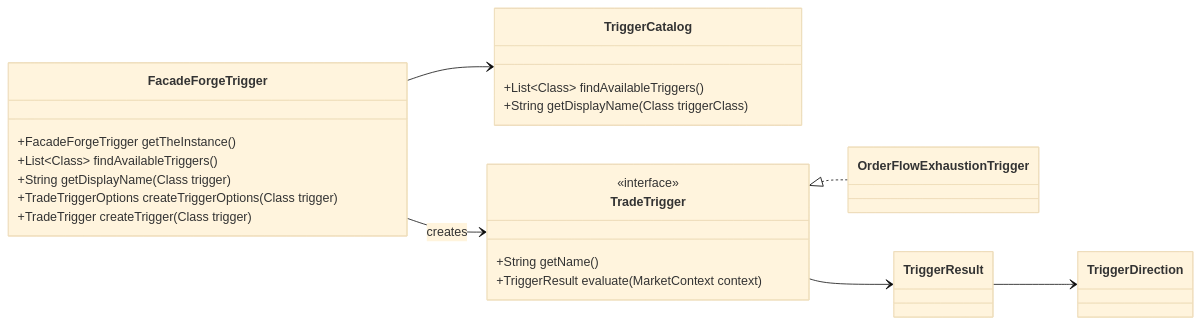
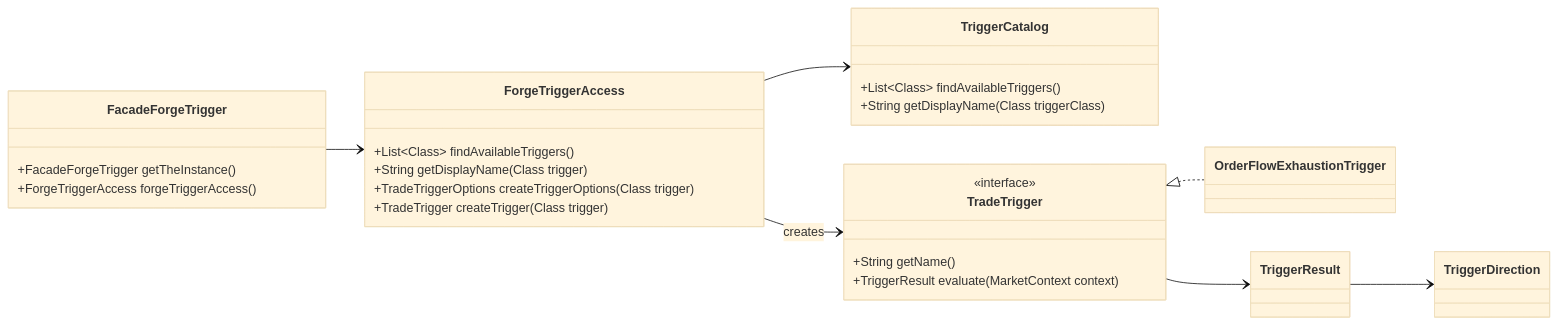
One commit to probst-paul/FORGE changed the seventh of 13 diagrams in class-model.md. Above: the diagram before and after it, drawn with Mermaid (base theme). The commit also changed other lines of this file and 16 other files, not shown here.

First line of the commit message:
Add Forge*Access facades and refactor facades

````diff
--- a/class-model.md
+++ b/class-model.md
@@ -335,33 +363,38 @@
 ```mermaid
 classDiagram
     direction LR
 
     class FacadeForgeTrigger {
         +FacadeForgeTrigger getTheInstance()
+        +ForgeTriggerAccess forgeTriggerAccess()
+    }
+
+    class ForgeTriggerAccess {
         +List~Class~ findAvailableTriggers()
         +String getDisplayName(Class trigger)
         +TradeTriggerOptions createTriggerOptions(Class trigger)
         +TradeTrigger createTrigger(Class trigger)
     }
 
     class TriggerCatalog {
         +List~Class~ findAvailableTriggers()
         +String getDisplayName(Class triggerClass)
     }
 
     class TradeTrigger {
         <<interface>>
         +String getName()
         +TriggerResult evaluate(MarketContext context)
     }
 
     class OrderFlowExhaustionTrigger
     class TriggerResult
     class TriggerDirection
 
-    FacadeForgeTrigger --> TriggerCatalog
-    FacadeForgeTrigger --> TradeTrigger : creates
+    FacadeForgeTrigger --> ForgeTriggerAccess
+    ForgeTriggerAccess --> TriggerCatalog
+    ForgeTriggerAccess --> TradeTrigger : creates
     TradeTrigger <|.. OrderFlowExhaustionTrigger
     TradeTrigger --> TriggerResult
     TriggerResult --> TriggerDirection
 ```
````
